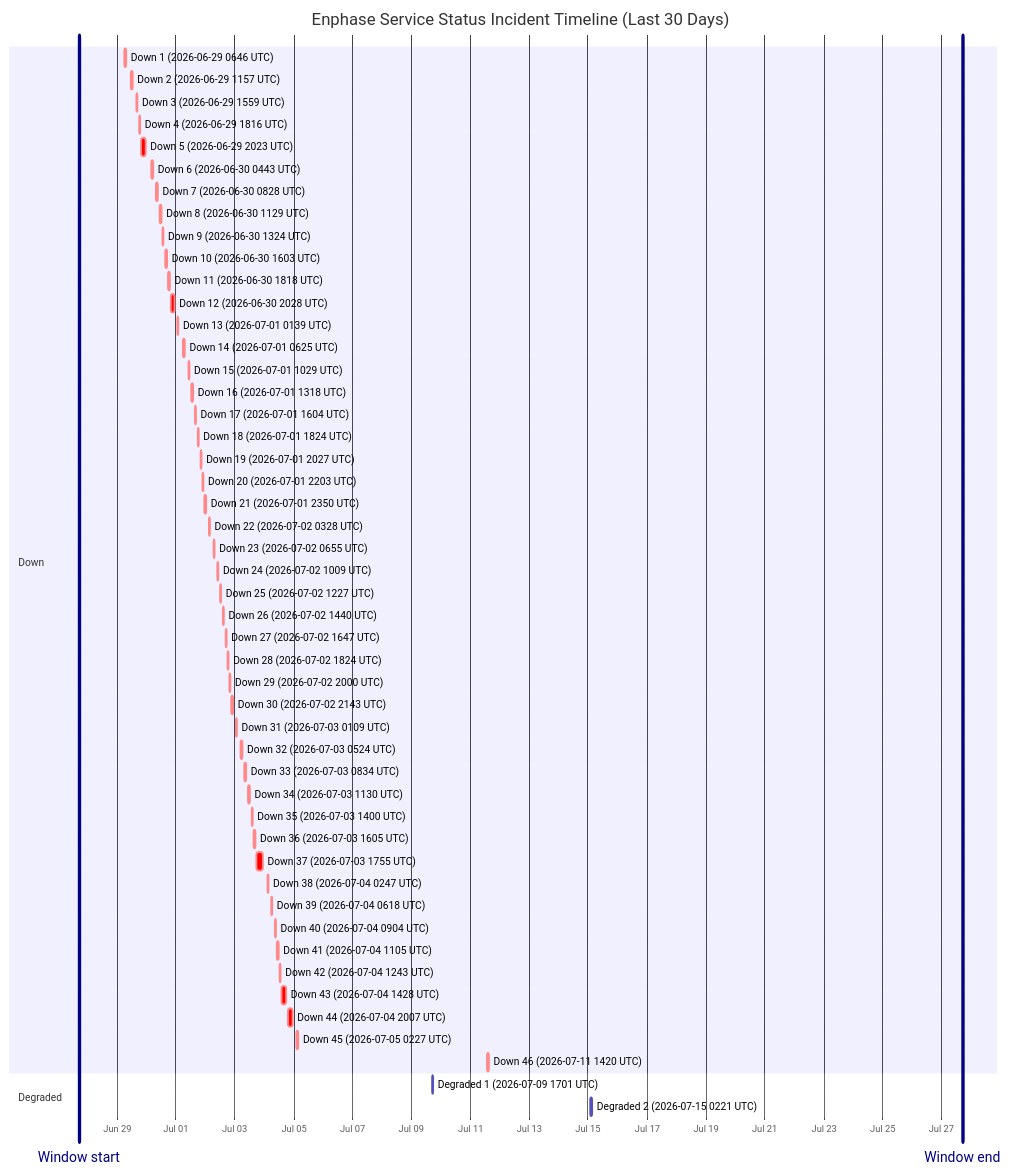
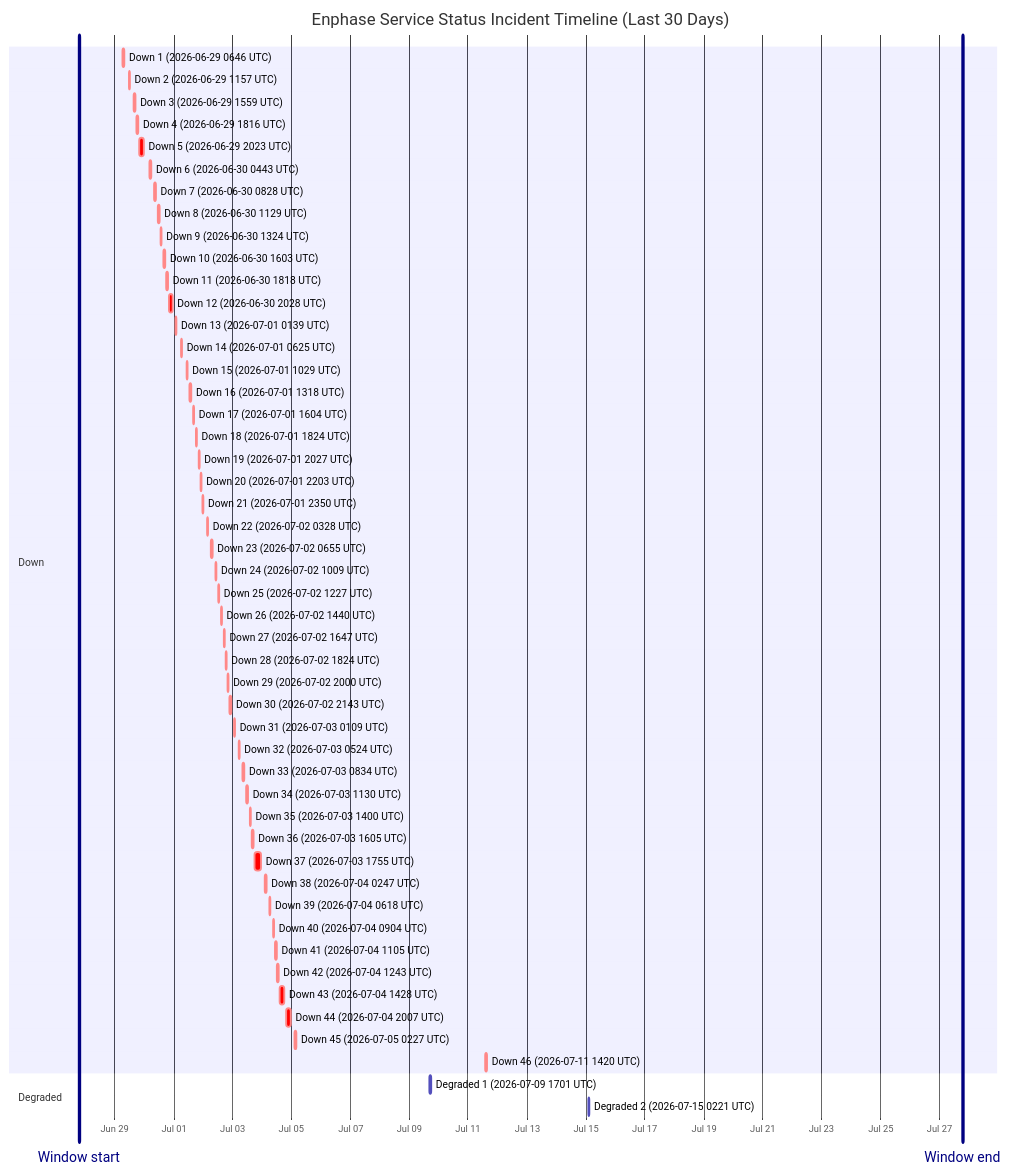
Before and after one commit to barneyonline/ha-enphase-energy: the diagram in wiki/Service-Status-History.md, drawn with Mermaid. The commit also changed other lines of this file and 3 other files, not shown here.

````diff
--- a/wiki/Service-Status-History.md
+++ b/wiki/Service-Status-History.md
@@ -14,58 +14,58 @@
 ```mermaid
 gantt
     title Enphase Service Status Incident Timeline (Last 30 Days)
     dateFormat  YYYY-MM-DDTHH:mm:ss
     axisFormat  %b %d
-    Window start :vert, window-start, 2026-06-27T17:17:04, 0ms
-    Window end :vert, window-end, 2026-07-27T17:17:04, 0ms
+    Window start :vert, window-start, 2026-06-27T18:55:27, 0ms
+    Window end :vert, window-end, 2026-07-27T18:55:27, 0ms
     section Down
     Down 1 (2026-06-29 0646 UTC) :crit, down-1, 2026-06-29T06:46:18, 60m
     Down 2 (2026-06-29 1157 UTC) :crit, down-2, 2026-06-29T11:57:36, 60m
     Down 3 (2026-06-29 1559 UTC) :crit, down-3, 2026-06-29T15:59:02, 60m
     Down 4 (2026-06-29 1816 UTC) :crit, down-4, 2026-06-29T18:16:38, 60m
     Down 5 (2026-06-29 2023 UTC) :crit, down-5, 2026-06-29T20:23:16, 220m
     Down 6 (2026-06-30 0443 UTC) :crit, down-6, 2026-06-30T04:43:54, 60m
     Down 7 (2026-06-30 0828 UTC) :crit, down-7, 2026-06-30T08:28:43, 60m
     Down 8 (2026-06-30 1129 UTC) :crit, down-8, 2026-06-30T11:29:15, 60m
     Down 9 (2026-06-30 1324 UTC) :crit, down-9, 2026-06-30T13:24:25, 60m
     Down 10 (2026-06-30 1603 UTC) :crit, down-10, 2026-06-30T16:03:26, 60m
     Down 11 (2026-06-30 1818 UTC) :crit, down-11, 2026-06-30T18:18:39, 60m
     Down 12 (2026-06-30 2028 UTC) :crit, down-12, 2026-06-30T20:28:54, 171m
     Down 13 (2026-07-01 0139 UTC) :crit, down-13, 2026-07-01T01:39:18, 60m
     Down 14 (2026-07-01 0625 UTC) :crit, down-14, 2026-07-01T06:25:35, 60m
     Down 15 (2026-07-01 1029 UTC) :crit, down-15, 2026-07-01T10:29:24, 60m
     Down 16 (2026-07-01 1318 UTC) :crit, down-16, 2026-07-01T13:18:31, 60m
     Down 17 (2026-07-01 1604 UTC) :crit, down-17, 2026-07-01T16:04:29, 60m
     Down 18 (2026-07-01 1824 UTC) :crit, down-18, 2026-07-01T18:24:21, 60m
     Down 19 (2026-07-01 2027 UTC) :crit, down-19, 2026-07-01T20:27:17, 60m
     Down 20 (2026-07-01 2203 UTC) :crit, down-20, 2026-07-01T22:03:46, 60m
     Down 21 (2026-07-01 2350 UTC) :crit, down-21, 2026-07-01T23:50:52, 60m
     Down 22 (2026-07-02 0328 UTC) :crit, down-22, 2026-07-02T03:28:33, 60m
     Down 23 (2026-07-02 0655 UTC) :crit, down-23, 2026-07-02T06:55:07, 60m
     Down 24 (2026-07-02 1009 UTC) :crit, down-24, 2026-07-02T10:09:15, 60m
     Down 25 (2026-07-02 1227 UTC) :crit, down-25, 2026-07-02T12:27:49, 60m
     Down 26 (2026-07-02 1440 UTC) :crit, down-26, 2026-07-02T14:40:53, 60m
     Down 27 (2026-07-02 1647 UTC) :crit, down-27, 2026-07-02T16:47:47, 60m
     Down 28 (2026-07-02 1824 UTC) :crit, down-28, 2026-07-02T18:24:26, 60m
     Down 29 (2026-07-02 2000 UTC) :crit, down-29, 2026-07-02T20:00:57, 60m
     Down 30 (2026-07-02 2143 UTC) :crit, down-30, 2026-07-02T21:43:52, 80m
     Down 31 (2026-07-03 0109 UTC) :crit, down-31, 2026-07-03T01:09:19, 60m
     Down 32 (2026-07-03 0524 UTC) :crit, down-32, 2026-07-03T05:24:23, 60m
     Down 33 (2026-07-03 0834 UTC) :crit, down-33, 2026-07-03T08:34:05, 60m
     Down 34 (2026-07-03 1130 UTC) :crit, down-34, 2026-07-03T11:30:41, 60m
     Down 35 (2026-07-03 1400 UTC) :crit, down-35, 2026-07-03T14:00:48, 60m
     Down 36 (2026-07-03 1605 UTC) :crit, down-36, 2026-07-03T16:05:49, 60m
     Down 37 (2026-07-03 1755 UTC) :crit, down-37, 2026-07-03T17:55:54, 338m
     Down 38 (2026-07-04 0247 UTC) :crit, down-38, 2026-07-04T02:47:22, 60m
     Down 39 (2026-07-04 0618 UTC) :crit, down-39, 2026-07-04T06:18:09, 60m
     Down 40 (2026-07-04 0904 UTC) :crit, down-40, 2026-07-04T09:04:41, 60m
     Down 41 (2026-07-04 1105 UTC) :crit, down-41, 2026-07-04T11:05:21, 60m
     Down 42 (2026-07-04 1243 UTC) :crit, down-42, 2026-07-04T12:43:25, 60m
     Down 43 (2026-07-04 1428 UTC) :crit, down-43, 2026-07-04T14:28:07, 243m
     Down 44 (2026-07-04 2007 UTC) :crit, down-44, 2026-07-04T20:07:50, 206m
     Down 45 (2026-07-05 0227 UTC) :crit, down-45, 2026-07-05T02:27:32, 109m
     Down 46 (2026-07-11 1420 UTC) :crit, down-46, 2026-07-11T14:20:54, 69m
     section Degraded
     Degraded 1 (2026-07-09 1701 UTC) :active, degraded-1, 2026-07-09T17:01:02, 60m
     Degraded 2 (2026-07-15 0221 UTC) :active, degraded-2, 2026-07-15T02:21:35, 60m
 ```
````
